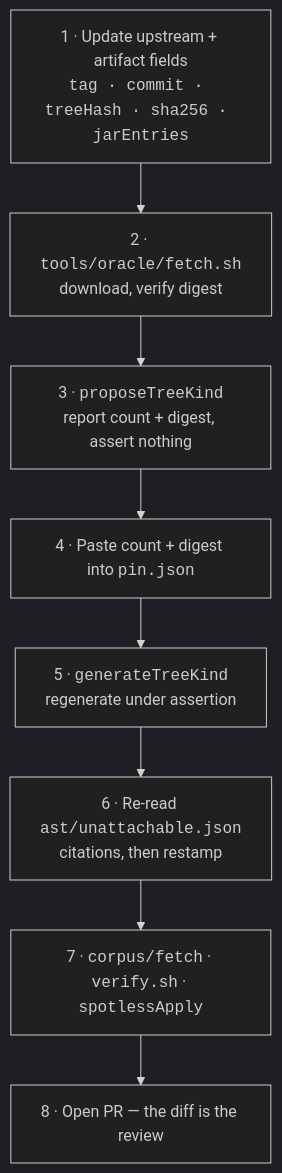
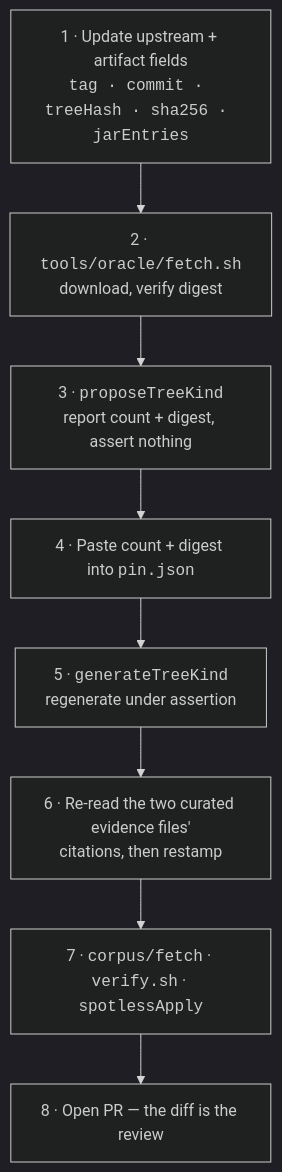
The diagram in docs/PIN-BUMP.md (wstein/flix-spec), drawn with Mermaid (dark theme) before and after one commit. The commit also changed other lines of this file and 7 other files, not shown here.

````diff
--- a/docs/PIN-BUMP.md
+++ b/docs/PIN-BUMP.md
@@ -40,13 +40,13 @@
 ```mermaid
 flowchart TD
     A["1 · Update upstream + artifact fields<br/><code>tag · commit · treeHash · sha256 · jarEntries</code>"]
     B["2 · <code>tools/oracle/fetch.sh</code><br/>download, verify digest"]
     C["3 · <code>proposeTreeKind</code><br/>report count + digest, assert nothing"]
     D["4 · Paste count + digest into <code>pin.json</code>"]
     E["5 · <code>generateTreeKind</code><br/>regenerate under assertion"]
-    F["6 · Re-read <code>ast/unattachable.json</code><br/>citations, then restamp"]
+    F["6 · Re-read the two curated evidence files'<br/>citations, then restamp"]
     G["7 · <code>corpus/fetch</code> · <code>verify.sh</code> · <code>spotlessApply</code>"]
     H["8 · Open PR — the diff is the review"]
 
     A --> B --> C --> D --> E --> F --> G --> H
 ```
````
